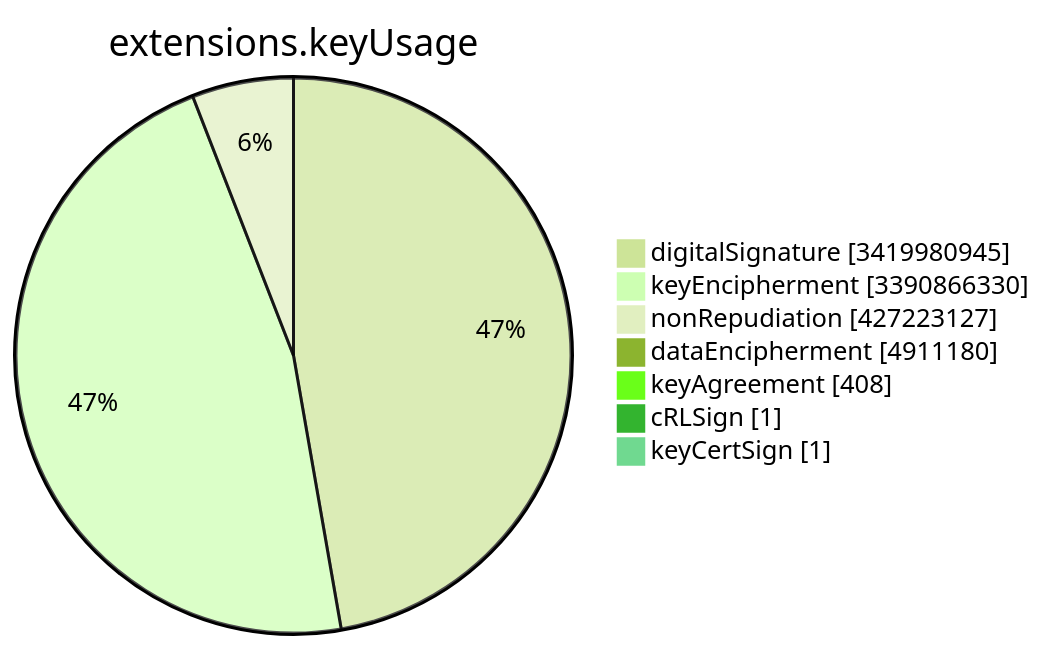
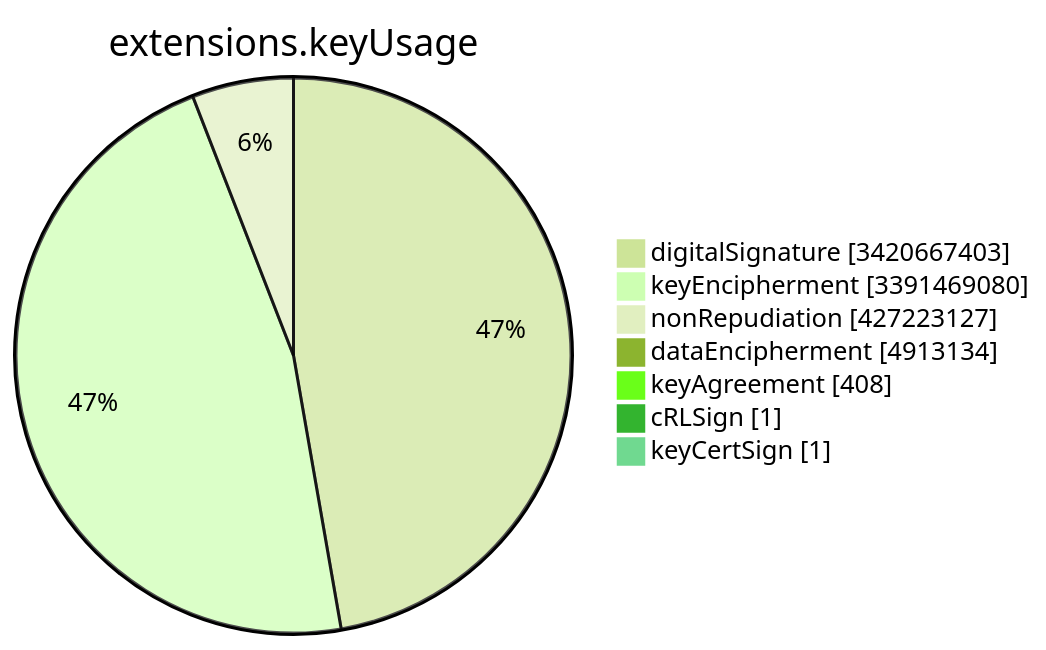
The sixth of 15 diagrams in TOTAL/README.md (christiankrug/ctmonitor_visualization), drawn with Mermaid (forest theme) before and after one commit. The commit also changed other lines of this file, not shown here.

````diff
--- a/TOTAL/README.md
+++ b/TOTAL/README.md
@@ -3081,11 +3081,11 @@
 ```mermaid
 pie showData
 title extensions.keyUsage
-"digitalSignature" :3419980945
-"keyEncipherment" :3390866330
+"digitalSignature" :3420667403
+"keyEncipherment" :3391469080
 "nonRepudiation" :427223127
-"dataEncipherment" :4911180
+"dataEncipherment" :4913134
 "keyAgreement" :408
 "cRLSign" :1
 "keyCertSign" :1
 ```
````
